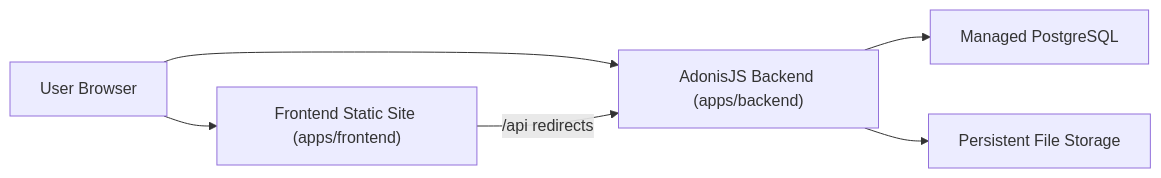
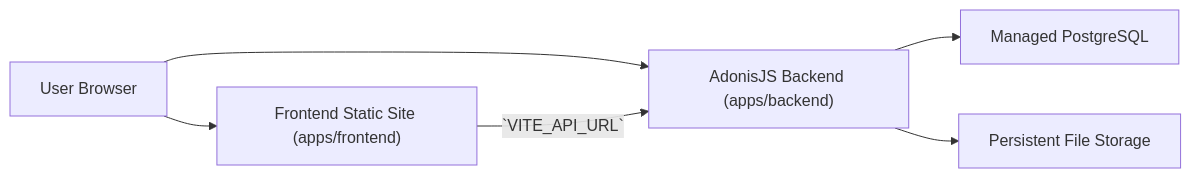
Before and after one commit to stctheproducer/open-submission-approval-workflow: the diagram in README.md, drawn with Mermaid. The commit also changed other lines of this file and 4 other files, not shown here.

````diff
--- a/README.md
+++ b/README.md
@@ -62,8 +62,8 @@
 ```mermaid
 flowchart LR
   U["User Browser"] --> FE["Frontend Static Site (apps/frontend)"]
   U["User Browser"] --> BE["AdonisJS Backend (apps/backend)"]
-  FE -->|"/api" redirects| BE
+  FE -->|`VITE_API_URL`| BE
   BE --> DB["Managed PostgreSQL"]
   BE --> FS["Persistent File Storage"]
 ```
````
